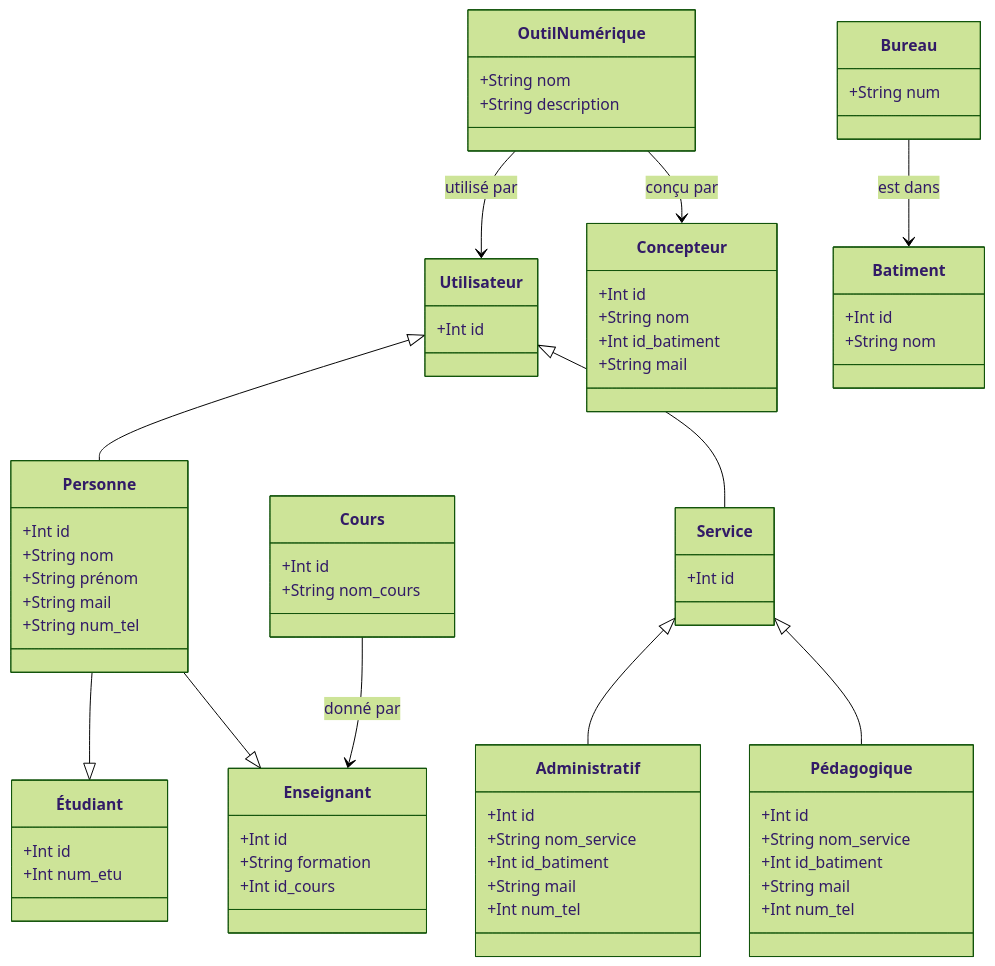
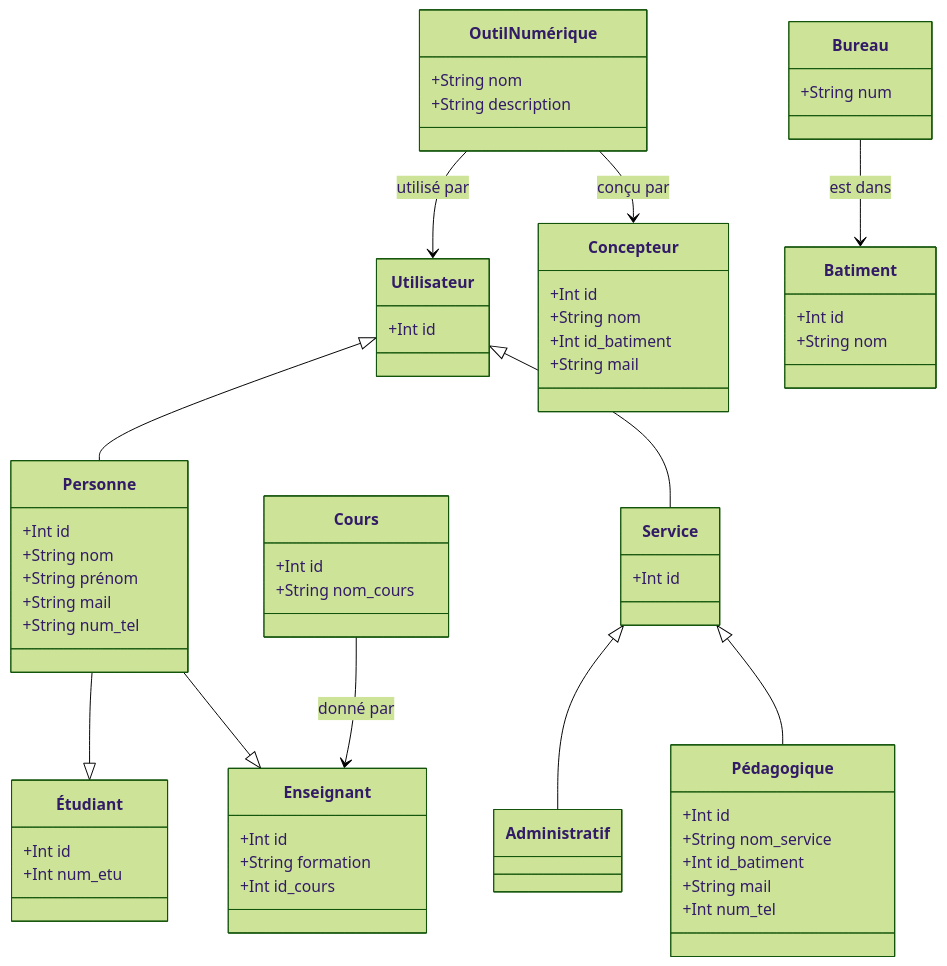
Before and after one commit to lmimouni-rim/EDUCATION: the diagram in class.md, drawn with Mermaid (forest theme).

````diff
--- a/class.md
+++ b/class.md
@@ -1,73 +1,66 @@
 ```mermaid
 
 classDiagram
     class Utilisateur
     Utilisateur <|-- Personne
     Utilisateur <|-- Service
     Utilisateur : +Int id
 
     class Personne
     Personne --|> Étudiant
     Personne --|>Enseignant
     Personne : +Int id
     Personne : +String nom
     Personne : +String prénom
     Personne : +String mail
     Personne : +String num_tel
     
     class Étudiant
     Étudiant : +Int id
     Étudiant : +Int num_etu
 
     class Enseignant 
     Enseignant : +Int id
     Enseignant : +String formation 
     Enseignant : +Int id_cours
 
     class Service 
     Service <|-- Administratif
     Service <|-- Pédagogique
     Service : +Int id
-    
-    class Administratif 
-    Administratif : +Int id
-    Administratif : +String nom_service
-    Administratif : +Int id_batiment 
-    Administratif : +String mail
-    Administratif : +Int num_tel
  
     class Pédagogique
     Pédagogique : +Int id
     Pédagogique : +String nom_service
     Pédagogique : +Int id_batiment 
     Pédagogique : +String mail 
     Pédagogique : +Int num_tel 
 
     class Concepteur
     Concepteur : +Int id
     Concepteur : +String nom
     Concepteur : +Int id_batiment
     Concepteur : +String mail 
     
     class OutilNumérique 
     OutilNumérique --> Utilisateur : utilisé par
     OutilNumérique --> Concepteur: conçu par
     OutilNumérique : +String nom
     OutilNumérique : +String description
 
     class Cours
     Cours : +Int id
     Cours : +String nom_cours
 
     class Batiment
     Batiment : +Int id
     Batiment : +String nom
 
     class Bureau
     Bureau --> Batiment : est dans
     Bureau : +String num
 
     Cours --> Enseignant : donné par
 
  
 ```
````
